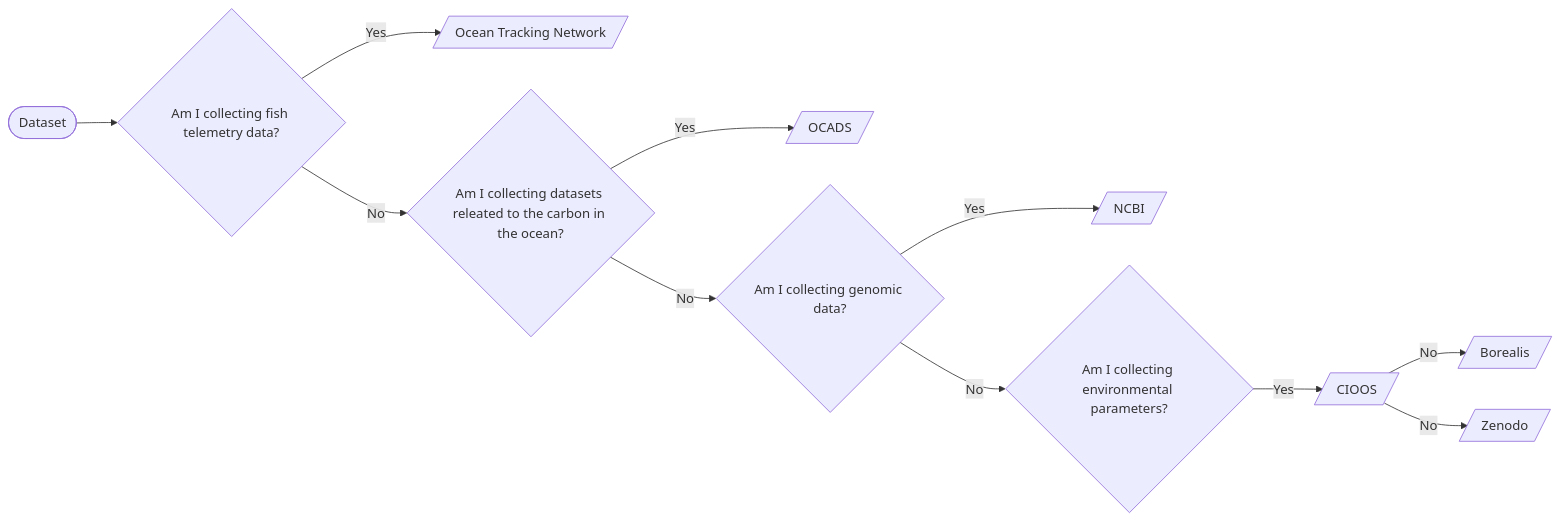
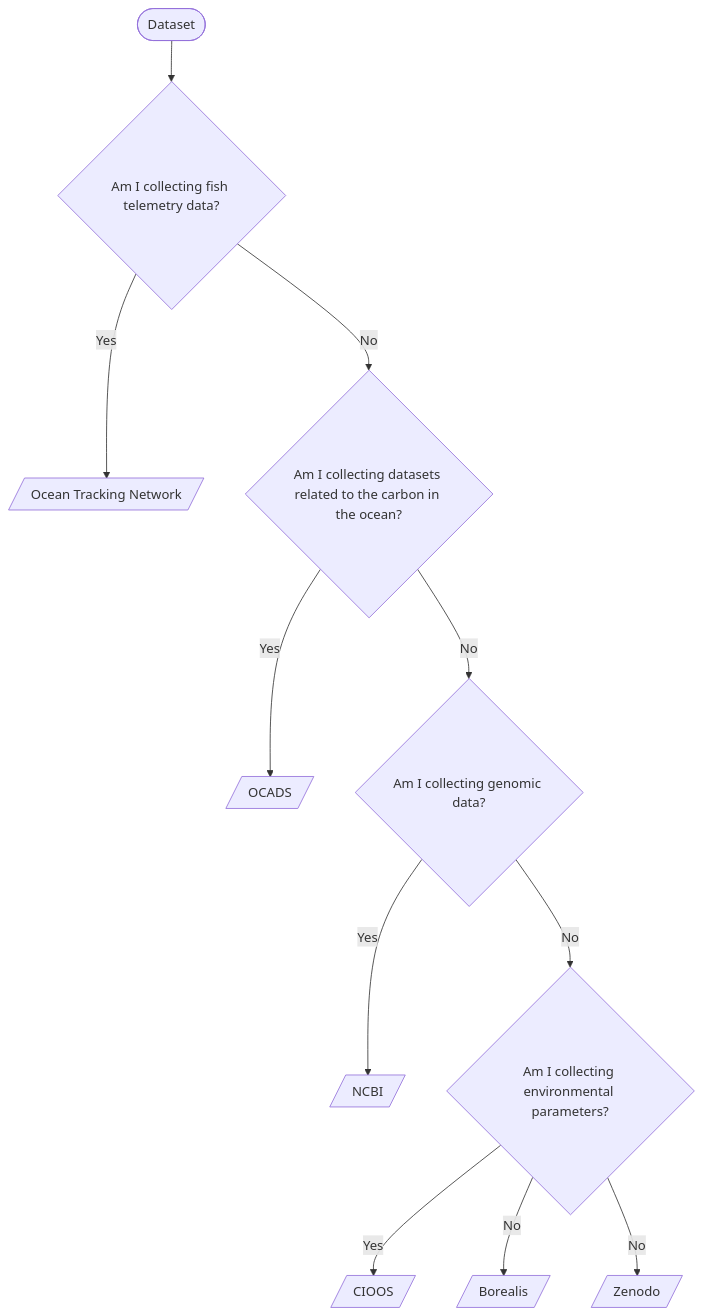
The diagram in docs/data-repository-documentation/introduction.md (Transforming-Climate-Action/Transforming-Climate-Action.github.io), drawn with Mermaid before and after one commit. The commit also changed other lines of this file and 1 other file, not shown here.

Commit message:
docs: improve data management documentation with clearer flowcharts and fix typos

````diff
--- a/docs/data-repository-documentation/introduction.md
+++ b/docs/data-repository-documentation/introduction.md
@@ -29,13 +30,13 @@
 ```mermaid
-graph LR
+graph TD
     A([Dataset]) --> B{Am I collecting fish telemetry data?}
     B -- Yes --> C[/Ocean Tracking Network/]
-    B -- No --> D{Am I collecting datasets releated to the carbon in the ocean?}
+    B -- No --> D{Am I collecting datasets related to the carbon in the ocean?}
     D -- Yes --> E[/OCADS/]
     D -- No --> F{Am I collecting genomic data?}
     F -- Yes --> G[/NCBI/]
     F -- No --> H{Am I collecting environmental parameters?}
     H -- Yes --> I[/CIOOS/]
-    I -- No --> J[/Borealis/]
-    I -- No --> K[/Zenodo/]
+    H -- No --> J[/Borealis/]
+    H -- No --> K[/Zenodo/]
 ```
````
